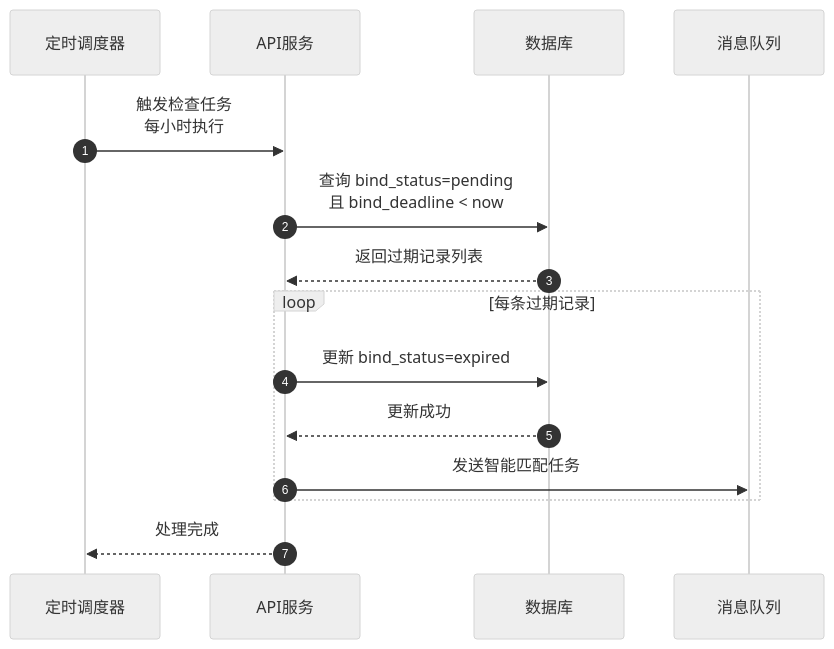
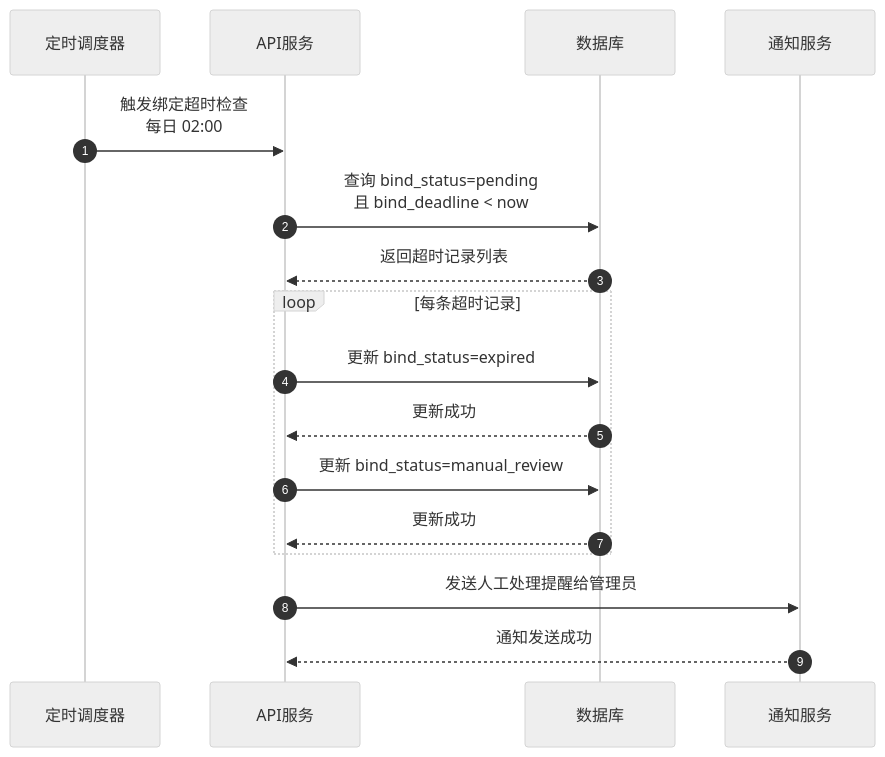
Before and after one commit to yiancode/AutoDepositRefundAgent: the second of 11 diagrams in docs/v1/diagrams/时序图.md, drawn with Mermaid (neutral theme). The commit also changed other lines of this file and 5 other files, not shown here.

First line of the commit message:
docs(design): 同步 diagrams 与技术方案，移除智能匹配逻辑

````diff
--- a/docs/v1/diagrams/时序图.md
+++ b/docs/v1/diagrams/时序图.md
@@ -61,20 +63,22 @@
 ```mermaid
 sequenceDiagram
     autonumber
     participant Scheduler as 定时调度器
     participant API as API服务
     participant DB as 数据库
-    participant MQ as 消息队列
+    participant Notify as 通知服务
 
-    Scheduler->>API: 触发检查任务<br/>每小时执行
+    Scheduler->>API: 触发绑定超时检查<br/>每日 02:00
     API->>DB: 查询 bind_status=pending<br/>且 bind_deadline < now
-    DB-->>API: 返回过期记录列表
+    DB-->>API: 返回超时记录列表
 
-    loop 每条过期记录
+    loop 每条超时记录
         API->>DB: 更新 bind_status=expired
         DB-->>API: 更新成功
-        API->>MQ: 发送智能匹配任务
+        API->>DB: 更新 bind_status=manual_review
+        DB-->>API: 更新成功
     end
 
-    API-->>Scheduler: 处理完成
+    API->>Notify: 发送人工处理提醒给管理员
+    Notify-->>API: 通知发送成功
 ```
````
